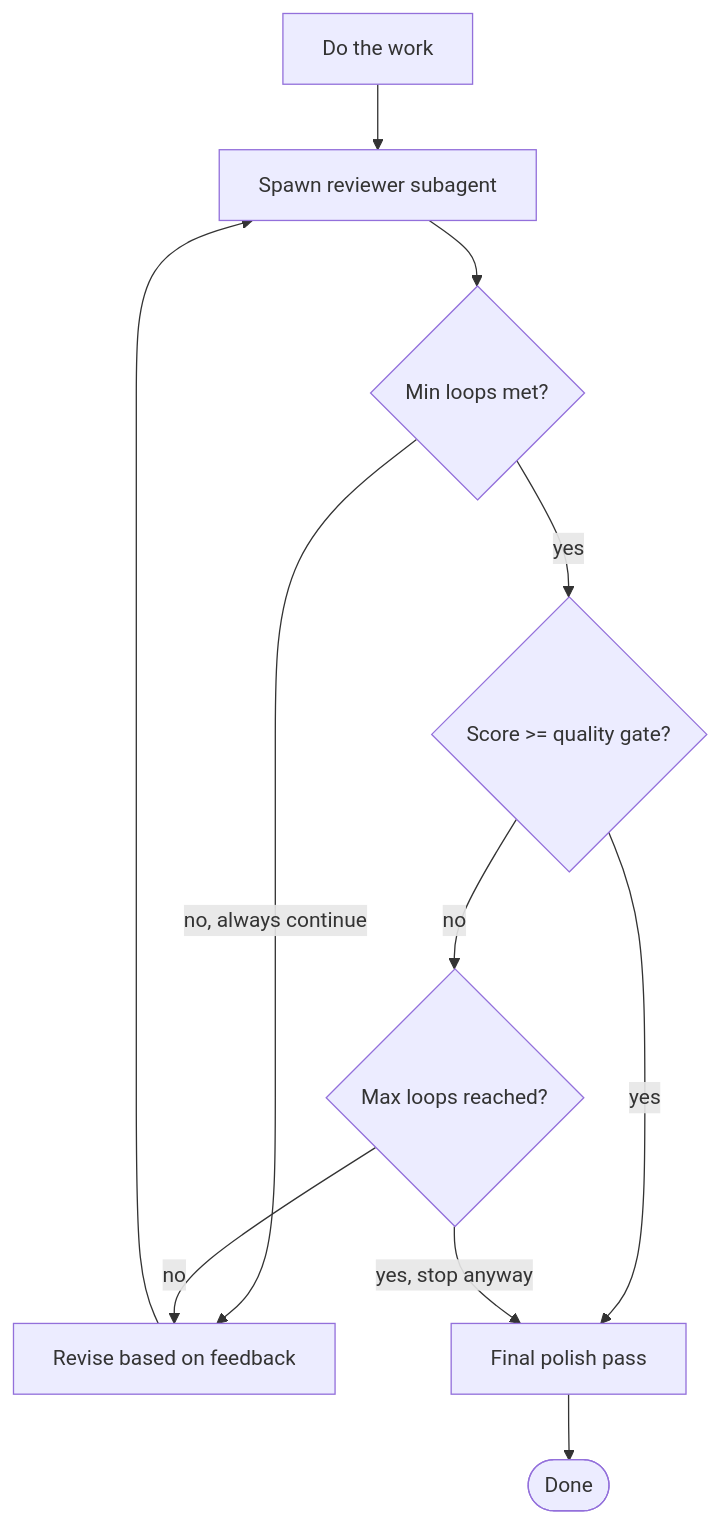
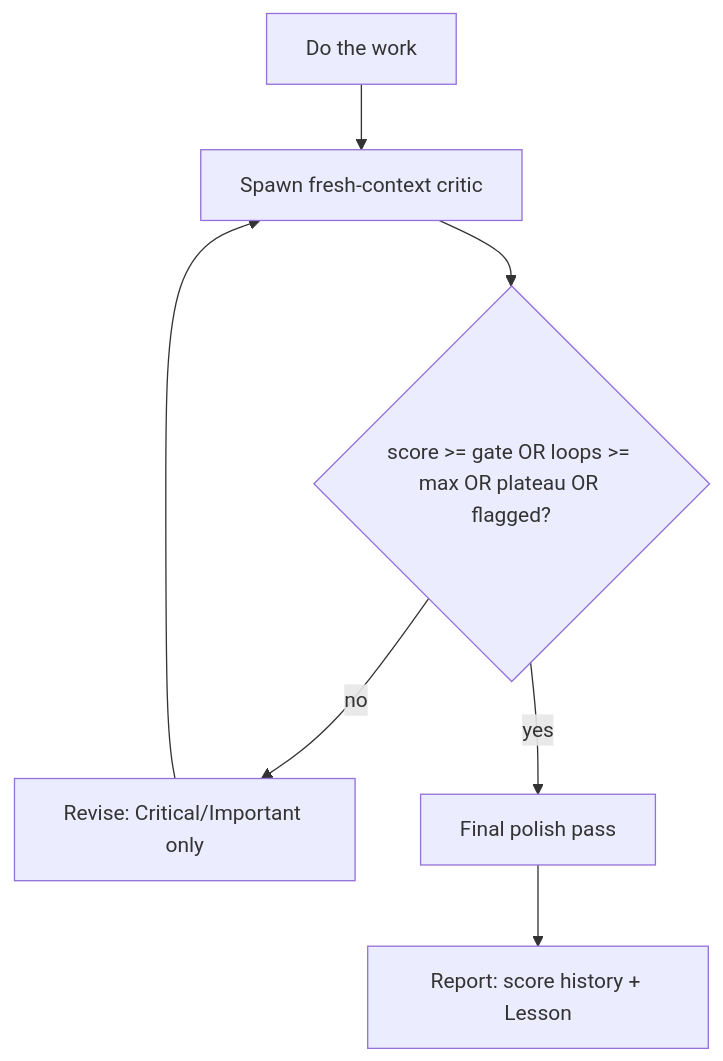
Before and after one commit to Mte90/dotfiles: the diagram in .config/opencode/skills/review-loop/SKILL.md, drawn with Mermaid. The commit also changed other lines of this file and 13 other files, not shown here.

````diff
--- a/.config/opencode/skills/review-loop/SKILL.md
+++ b/.config/opencode/skills/review-loop/SKILL.md
@@ -114,13 +66,7 @@
 ```mermaid
 flowchart TD
-    A[Do the work] --> B[Spawn reviewer subagent]
-    B --> C{Min loops met?}
-    C -- no, always continue --> E[Revise based on feedback]
-    C -- yes --> D{Score >= quality gate?}
-    D -- yes --> F[Final polish pass]
-    D -- no --> G{Max loops reached?}
-    G -- yes, stop anyway --> F
-    G -- no --> E
-    E --> B
-    F --> H([Done])
+  A[Do the work] --> B[Spawn fresh-context critic]
+  B --> C{score >= gate OR loops >= max OR plateau OR flagged?}
+  C -- no --> D[Revise: Critical/Important only] --> B
+  C -- yes --> E[Final polish pass] --> F[Report: score history + Lesson]
 ```
````
